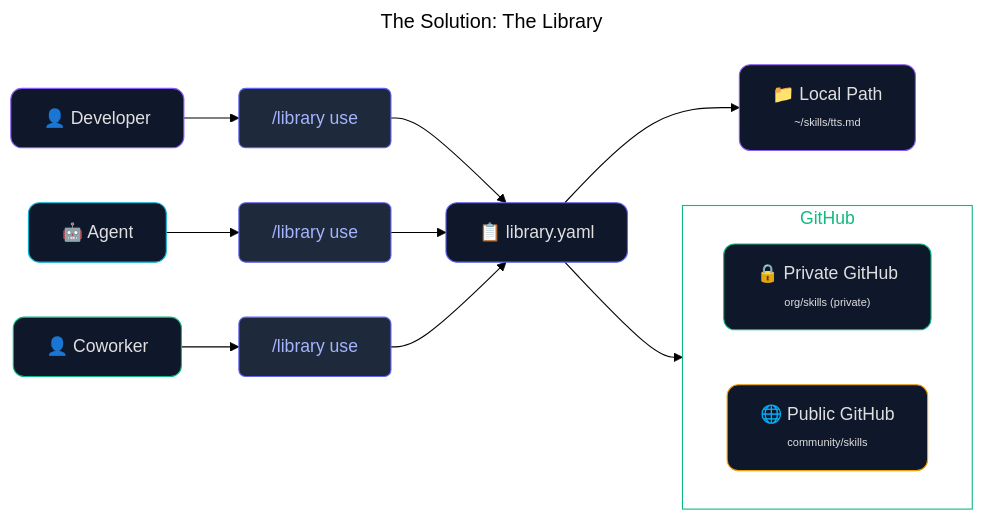
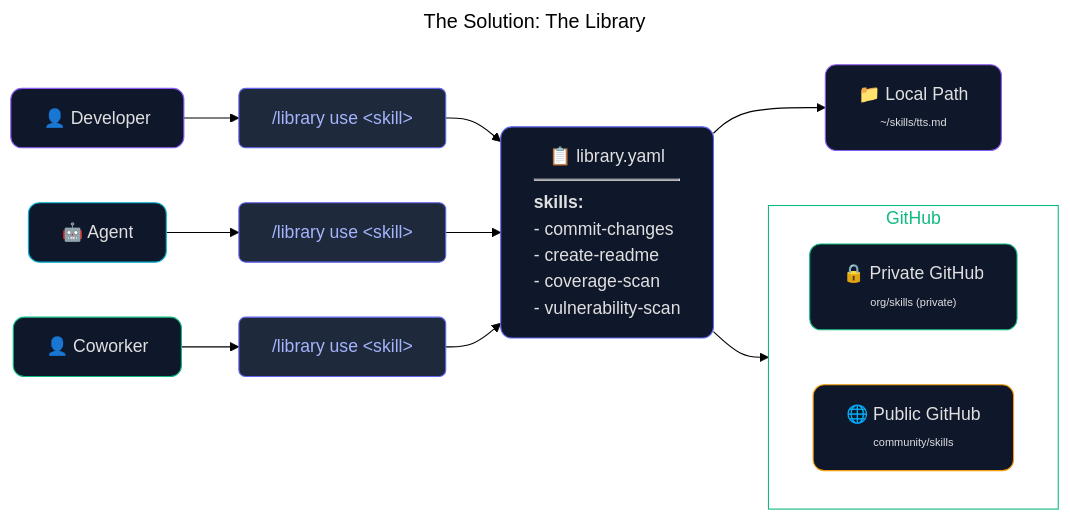
The diagram in README.md (bkbatchelor/agentic-library), drawn with Mermaid (forest theme) before and after one commit. The commit also changed other lines of this file and 2 other files, not shown here.

Commit message:
docs: update svg diagram labels and readme skill references

````diff
--- a/README.md
+++ b/README.md
@@ -49,49 +48,49 @@
 ```mermaid
 ---
 title: "The Solution: The Library"
 ---
 flowchart LR
     classDef actor fill:#0F172A,stroke:#8B5CF6,color:#E0E0E0,rx:10
     classDef agent fill:#0F172A,stroke:#06B6D4,color:#E0E0E0,rx:10
     classDef coworker fill:#0F172A,stroke:#10B981,color:#E0E0E0,rx:10
     classDef cmd fill:#1E293B,stroke:#6366F1,color:#A5B4FC,rx:6
     classDef catalog fill:#0F172A,stroke:#6366F1,color:#E0E0E0,rx:10
     classDef src fill:#0F172A,stroke:#10B981,color:#E0E0E0,rx:10
     classDef src2 fill:#0F172A,stroke:#F59E0B,color:#E0E0E0,rx:10
     classDef src3 fill:#0F172A,stroke:#8B5CF6,color:#E0E0E0,rx:10
     classDef ref fill:#111827,stroke:#10B981,color:#10B981,rx:4
     classDef check fill:none,stroke:#10B981,color:#10B981
 
-    D["👤 Developer"] --> DC["`/library use`"]
-    A["🤖 Agent"] --> AC["`/library use`"]
-    C["👤 Coworker"] --> CC["`/library use`"]
+    D["👤 Developer"] --> DC["`/library use &ltskill&gt`"]
+    A["🤖 Agent"] --> AC["`/library use &ltskill&gt`"]
+    C["👤 Coworker"] --> CC["`/library use &ltskill&gt`"]
 
     DC-->Lib
     AC --> Lib 
     CC --> Lib
     Lib --> LP
  
 
-    Lib["📋 library.yaml"]
+    Lib["📋 library.yaml <br/><div style='text-align:left'><hr/> <b>skills:</b><br/>- commit-changes<br/>- create-readme<br/>- coverage-scan<br/>- vulnerability-scan </div>"]
 
     LP["📁 Local Path<br/><span style='font-size:10px'>~/skills/tts.md</span>"]
 
     subgraph GitHub
     direction LR
         PG["🔒 Private GitHub<br/><span style='font-size:10px'>org/skills (private)</span>"]
         PubG["🌐 Public GitHub<br/><span style='font-size:10px'>community/skills</span>"]
 
     end    
     
     Lib --> GitHub
 
     class D actor
     class A agent
     class C coworker
     class DC,AC,CC cmd
     class Lib,GH catalog
     class PG src
     class PubG src2
     class LP src3
     class Result,GitHub check
 ```
````
